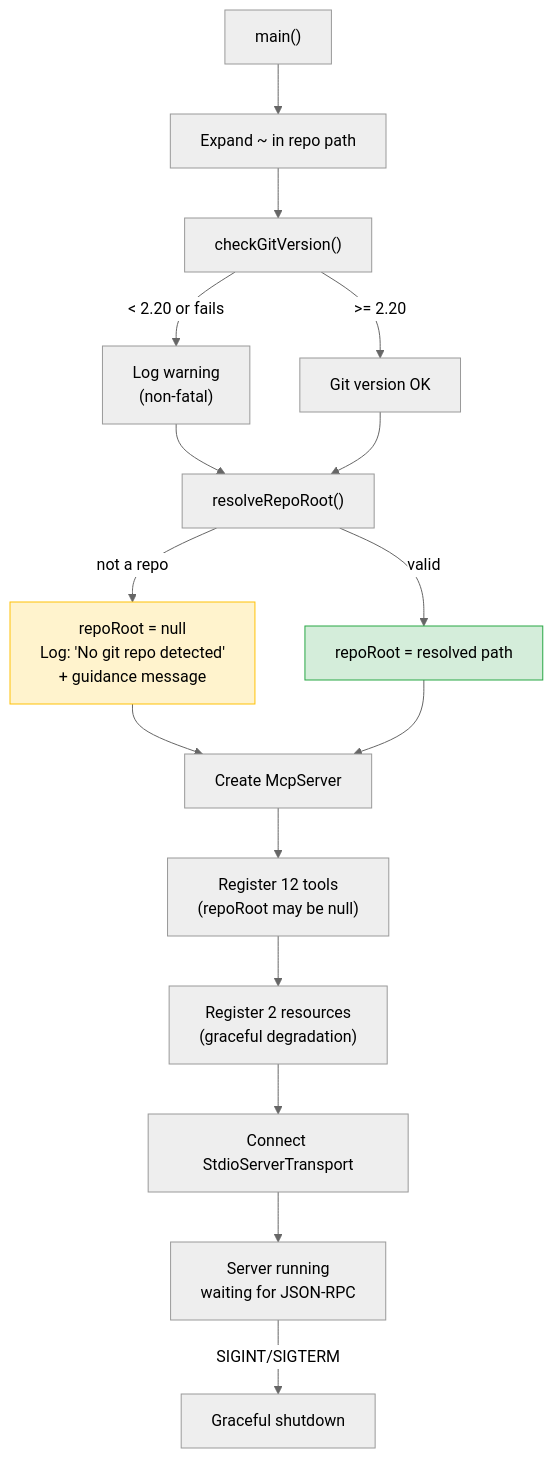
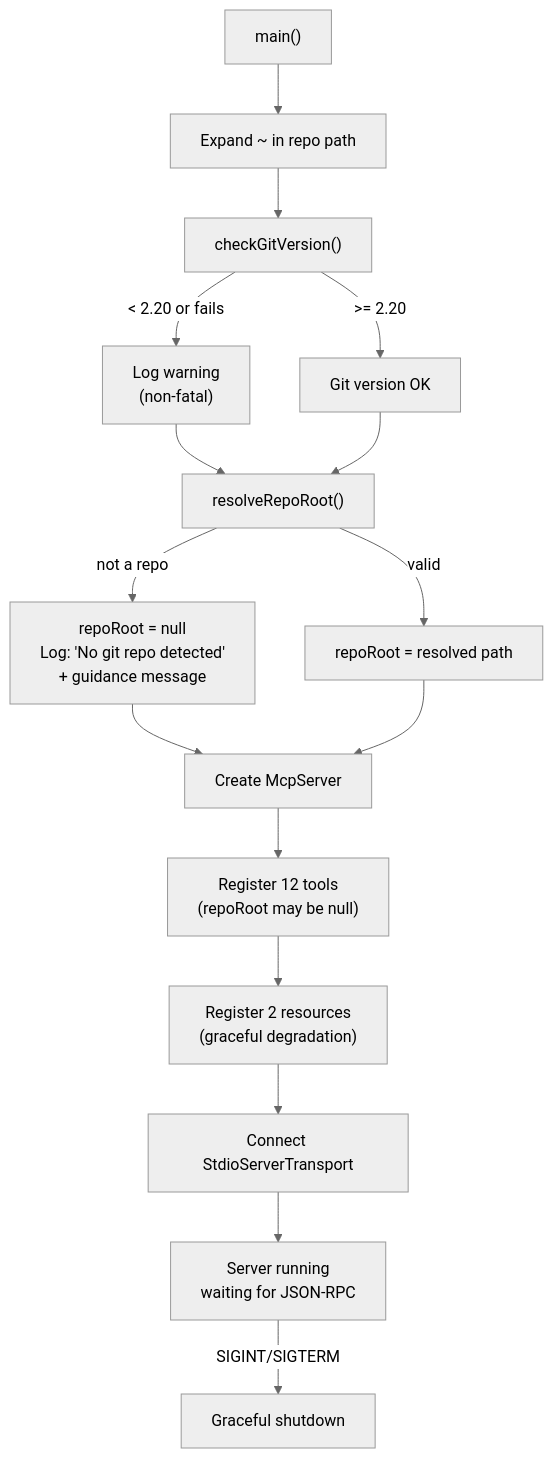
Before and after one commit to hoangsonww/GitIntel-MCP-Server: the eighth of 10 diagrams in ARCHITECTURE.md, drawn with Mermaid (neutral theme). The commit also changed other lines of this file and 1 other file, not shown here.

Commit message:
chore: remove inline mermaid style directives from docs

````diff
--- a/ARCHITECTURE.md
+++ b/ARCHITECTURE.md
@@ -478,21 +470,18 @@
 ```mermaid
 graph TD
     Start["main()"] --> ExpandHome["Expand ~ in repo path"]
     ExpandHome --> CheckGit["checkGitVersion()"]
     CheckGit -->|"< 2.20 or fails"| WarnGit["Log warning\n(non-fatal)"]
     CheckGit -->|">= 2.20"| GotVersion["Git version OK"]
     WarnGit --> ResolveRoot
     GotVersion --> ResolveRoot["resolveRepoRoot()"]
     ResolveRoot -->|"not a repo"| NoRepo["repoRoot = null\nLog: 'No git repo detected'\n+ guidance message"]
     ResolveRoot -->|"valid"| HasRepo["repoRoot = resolved path"]
     NoRepo --> CreateServer["Create McpServer"]
     HasRepo --> CreateServer
     CreateServer --> RegisterTools["Register 12 tools\n(repoRoot may be null)"]
     RegisterTools --> RegisterResources["Register 2 resources\n(graceful degradation)"]
     RegisterResources --> Connect["Connect StdioServerTransport"]
     Connect --> Running["Server running\nwaiting for JSON-RPC"]
     Running -->|"SIGINT/SIGTERM"| Shutdown["Graceful shutdown"]
-
-    style NoRepo fill:#fff3cd,stroke:#ffc107
-    style HasRepo fill:#d4edda,stroke:#28a745
 ```
````
